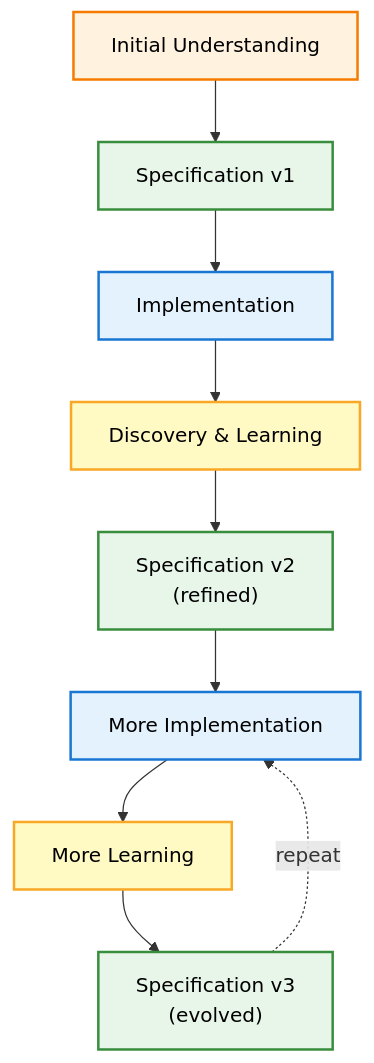
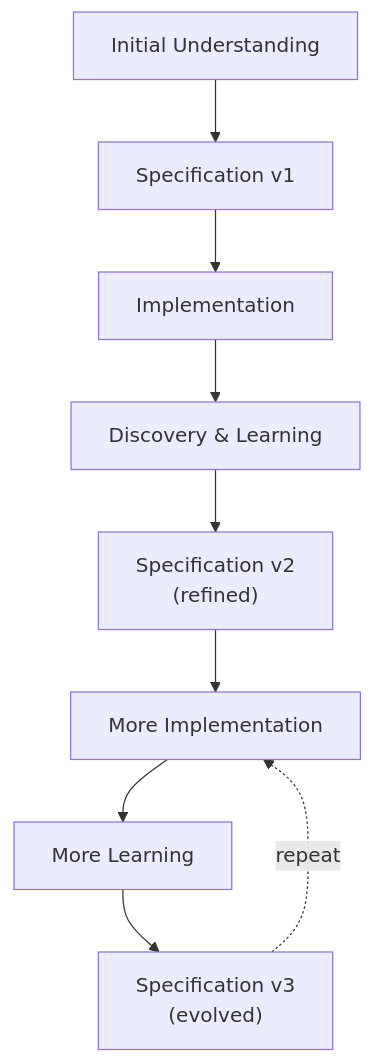
The second of 2 diagrams in docs/explanation/specifications/working-with-specifications.md (ready-to-release/eac), drawn with Mermaid before and after one commit. The commit also changed other lines of this file and 28 other files, not shown here.

````diff
--- a/docs/explanation/specifications/working-with-specifications.md
+++ b/docs/explanation/specifications/working-with-specifications.md
@@ -419,20 +415,12 @@
 ```mermaid
 flowchart TD
     Initial["Initial Understanding"] --> SpecV1["Specification v1"]
     SpecV1 --> Impl1["Implementation"]
     Impl1 --> Learn1["Discovery & Learning"]
     Learn1 --> SpecV2["Specification v2<br/>(refined)"]
     SpecV2 --> Impl2["More Implementation"]
     Impl2 --> Learn2["More Learning"]
     Learn2 --> SpecV3["Specification v3<br/>(evolved)"]
     SpecV3 -.repeat.-> Impl2
 
-    style Initial fill:#fff3e0,stroke:#f57c00,stroke-width:2px,color:#000
-    style SpecV1 fill:#e8f5e9,stroke:#388e3c,stroke-width:2px,color:#000
-    style SpecV2 fill:#e8f5e9,stroke:#388e3c,stroke-width:2px,color:#000
-    style SpecV3 fill:#e8f5e9,stroke:#388e3c,stroke-width:2px,color:#000
-    style Impl1 fill:#e3f2fd,stroke:#1976d2,stroke-width:2px,color:#000
-    style Impl2 fill:#e3f2fd,stroke:#1976d2,stroke-width:2px,color:#000
-    style Learn1 fill:#fff9c4,stroke:#f9a825,stroke-width:2px,color:#000
-    style Learn2 fill:#fff9c4,stroke:#f9a825,stroke-width:2px,color:#000
 ```
````
